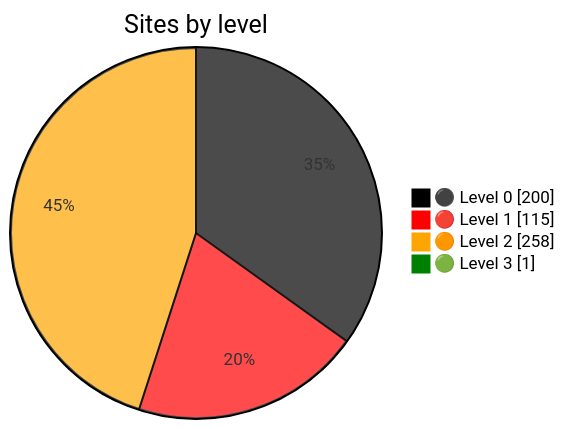
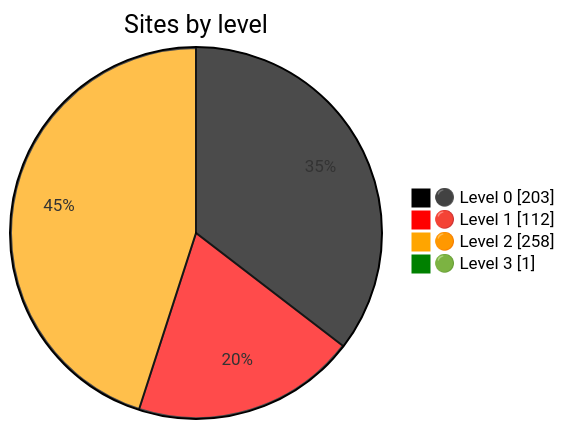
Before and after one commit to Dushmilan/gov_lk_web_auditor: the diagram in README.md, drawn with Mermaid. The commit also changed other lines of this file and 2540 other files, not shown here.

````diff
--- a/README.md
+++ b/README.md
@@ -24,9 +24,9 @@
 ```mermaid
 %%{init: {"themeVariables":{"pie1":"black","pie2":"red","pie3":"orange","pie4":"green"}}}%%
 pie showData
     title Sites by level
-    "⚫ Level 0" : 200
-    "🔴 Level 1" : 115
+    "⚫ Level 0" : 203
+    "🔴 Level 1" : 112
     "🟠 Level 2" : 258
     "🟢 Level 3" : 1
 ```
````
